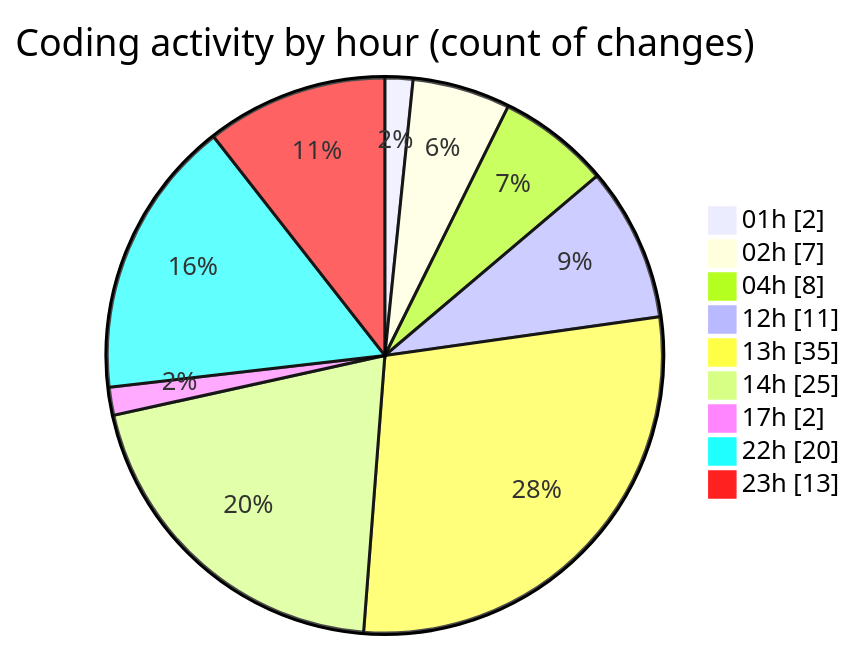
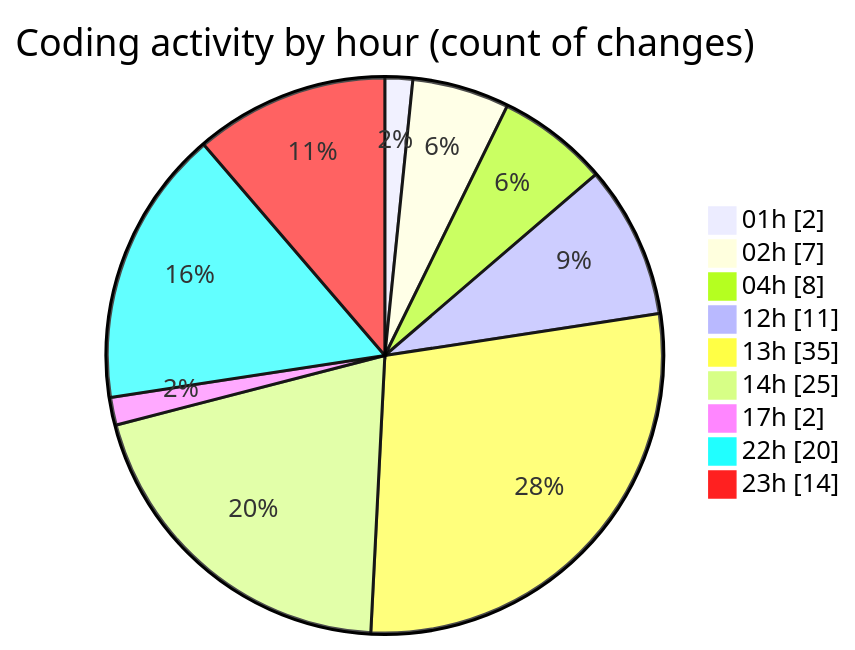
Before and after one commit to lephambinh05/code-tracking: the second of 2 diagrams in 2025-08-11/rentotp/README.md, drawn with Mermaid. The commit also changed other lines of this file and 1 other file, not shown here.

````diff
--- a/2025-08-11/rentotp/README.md
+++ b/2025-08-11/rentotp/README.md
@@ -47,13 +47,13 @@
 ```mermaid
 pie showData
 title Coding activity by hour (count of changes)
 "01h" : 2
 "02h" : 7
 "04h" : 8
 "12h" : 11
 "13h" : 35
 "14h" : 25
 "17h" : 2
 "22h" : 20
-"23h" : 13
+"23h" : 14
 ```
````
